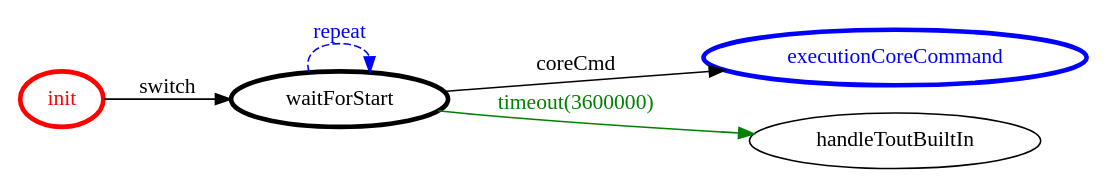
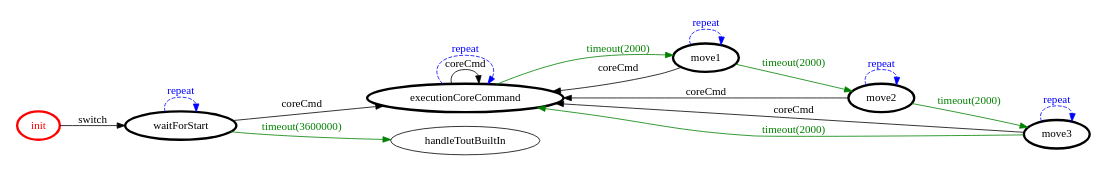
Before and after one commit to FraGio/iss2018: the diagram in it.unibo.projectRobot/srcMore/it/unibo/movecorelogic/movecorelogic.gv, drawn with Graphviz. The commit also changed 29 other files, not shown here.

```diff
--- a/it.unibo.projectRobot/srcMore/it/unibo/movecorelogic/movecorelogic.gv
+++ b/it.unibo.projectRobot/srcMore/it/unibo/movecorelogic/movecorelogic.gv
@@ -1,20 +1,35 @@
 /*
 *
 * A GraphViz DOT FSM description 
 * Please use a GraphViz visualizer (like http://www.webgraphviz.com)
 *  
 */
 
 digraph finite_state_machine {
 	rankdir=LR
 	size="8,5"
 	
 	init [ color = red ][ fontcolor = red ][ penwidth = 3 ]
+	move1 [ color = black ][ fontcolor = black ][ penwidth = 3 ]
+	move2 [ color = black ][ fontcolor = black ][ penwidth = 3 ]
+	move3 [ color = black ][ fontcolor = black ][ penwidth = 3 ]
 	waitForStart [ color = black ][ fontcolor = black ][ penwidth = 3 ]
-	executionCoreCommand [ color = blue ][ fontcolor = blue ][ penwidth = 3 ]
+	executionCoreCommand [ color = black ][ fontcolor = black ][ penwidth = 3 ]
 	
+	move1 -> move2 [ label = "timeout(2000)" ][ color = green ][ fontcolor = green ]
+	executionCoreCommand -> move1 [ label = "timeout(2000)" ][ color = green ][ fontcolor = green ]
+	executionCoreCommand -> executionCoreCommand [ label = "coreCmd" ][ color = black ][ fontcolor = black ]
 	waitForStart -> handleToutBuiltIn [ label = "timeout(3600000)" ][ color = green ][ fontcolor = green ]
+	executionCoreCommand -> executionCoreCommand [ label = "repeat "][ style = dashed ][ color = blue ][ fontcolor = blue ]
+	move2 -> move3 [ label = "timeout(2000)" ][ color = green ][ fontcolor = green ]
+	move3 -> executionCoreCommand [ label = "coreCmd" ][ color = black ][ fontcolor = black ]
+	move3 -> move3 [ label = "repeat "][ style = dashed ][ color = blue ][ fontcolor = blue ]
+	move1 -> executionCoreCommand [ label = "coreCmd" ][ color = black ][ fontcolor = black ]
+	move2 -> executionCoreCommand [ label = "coreCmd" ][ color = black ][ fontcolor = black ]
+	move2 -> move2 [ label = "repeat "][ style = dashed ][ color = blue ][ fontcolor = blue ]
+	move1 -> move1 [ label = "repeat "][ style = dashed ][ color = blue ][ fontcolor = blue ]
 	waitForStart -> executionCoreCommand [ label = "coreCmd" ][ color = black ][ fontcolor = black ]
 	waitForStart -> waitForStart [ label = "repeat "][ style = dashed ][ color = blue ][ fontcolor = blue ]
+	move3 -> executionCoreCommand [ label = "timeout(2000)" ][ color = green ][ fontcolor = green ]
 	init -> waitForStart [ label = "switch" ][ color = black ][ fontcolor = black ]
 }
```
